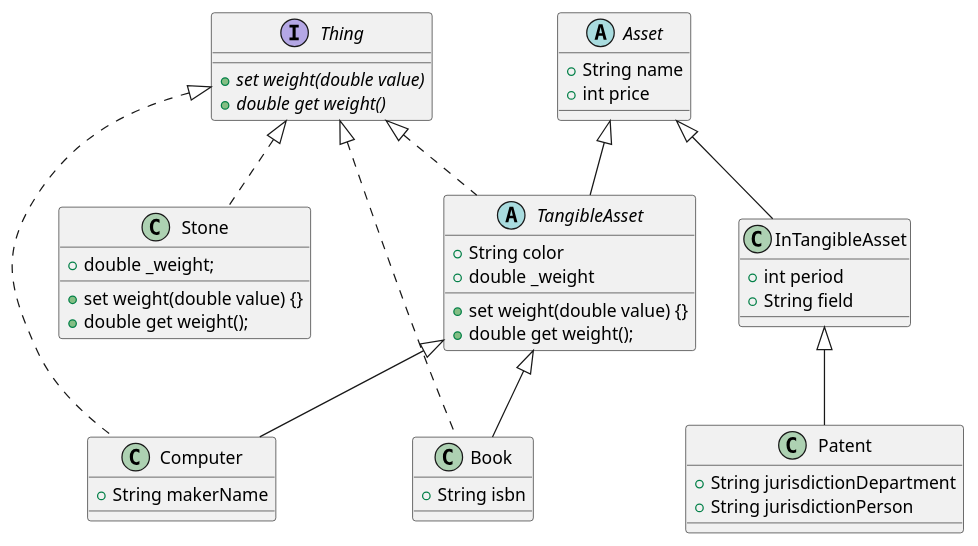
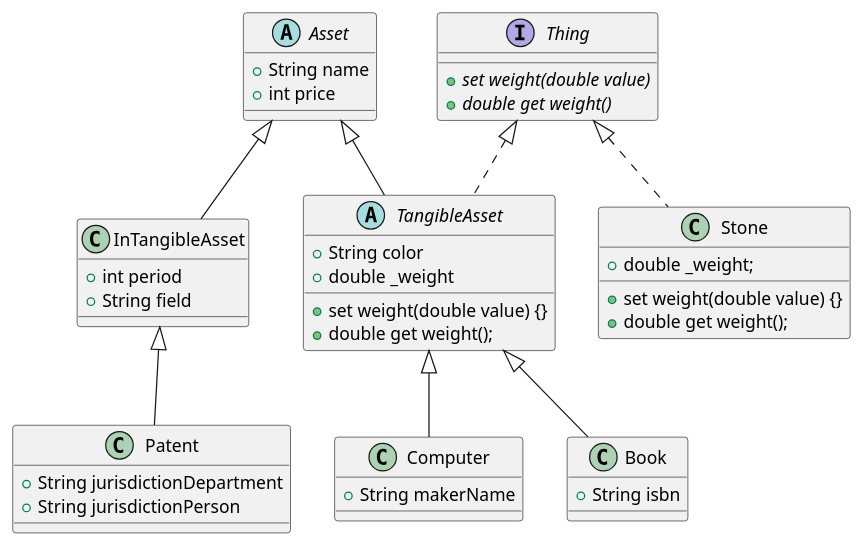
The diagram in lib/240313/diagram/asset_diagram.puml (orm-camp-flutter-2ki/learn_dart_together), drawn with PlantUML before and after one commit. The commit also changed 4 other files, not shown here.

Commit message:
refactor: Book, Computer implements삭제

```diff
--- a/lib/240313/diagram/asset_diagram.puml
+++ b/lib/240313/diagram/asset_diagram.puml
@@ -1,41 +1,41 @@
 @startuml Asset 
 scale 1
 abstract class Asset {
   +String name
   +int price  
 }
 abstract class TangibleAsset extends Asset implements Thing{
   +String color
   +double _weight
   +set weight(double value) {}
   +double get weight();
 }
 class InTangibleAsset extends Asset {
   +int period
   +String field
 
 }
 class Patent extends InTangibleAsset {
   +String jurisdictionDepartment
   +String jurisdictionPerson
 
 }
-class Book extends TangibleAsset implements Thing {
+class Book extends TangibleAsset {
   +String isbn
 
 }
-class Computer extends TangibleAsset implements Thing {
+class Computer extends TangibleAsset {
   +String makerName
   
 }
 class Stone implements Thing {  
   +double _weight;
 
   +set weight(double value) {}
   +double get weight();
 }
 interface Thing {
   +{abstract}set weight(double value) 
   +{abstract}double get weight()
 }
 @enduml
```
